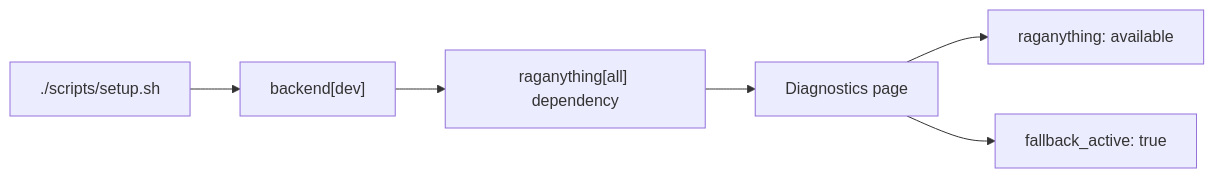
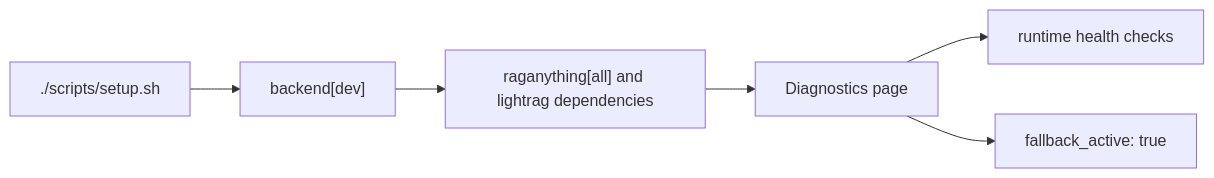
The first of 4 diagrams in docs/workflows.md (jihadajUAEU/Ragstudio), drawn with Mermaid before and after one commit. The commit also changed other lines of this file and 21 other files, not shown here.

````diff
--- a/docs/workflows.md
+++ b/docs/workflows.md
@@ -37,8 +37,8 @@
 ```mermaid
 flowchart LR
   setup["./scripts/setup.sh"] --> deps["backend[dev]"]
-  deps --> package["raganything[all] dependency"]
+  deps --> package["raganything[all] and lightrag dependencies"]
   package --> diagnostics["Diagnostics page"]
-  diagnostics --> ready["raganything: available"]
+  diagnostics --> ready["runtime health checks"]
   diagnostics --> fallback["fallback_active: true"]
 ```
````
